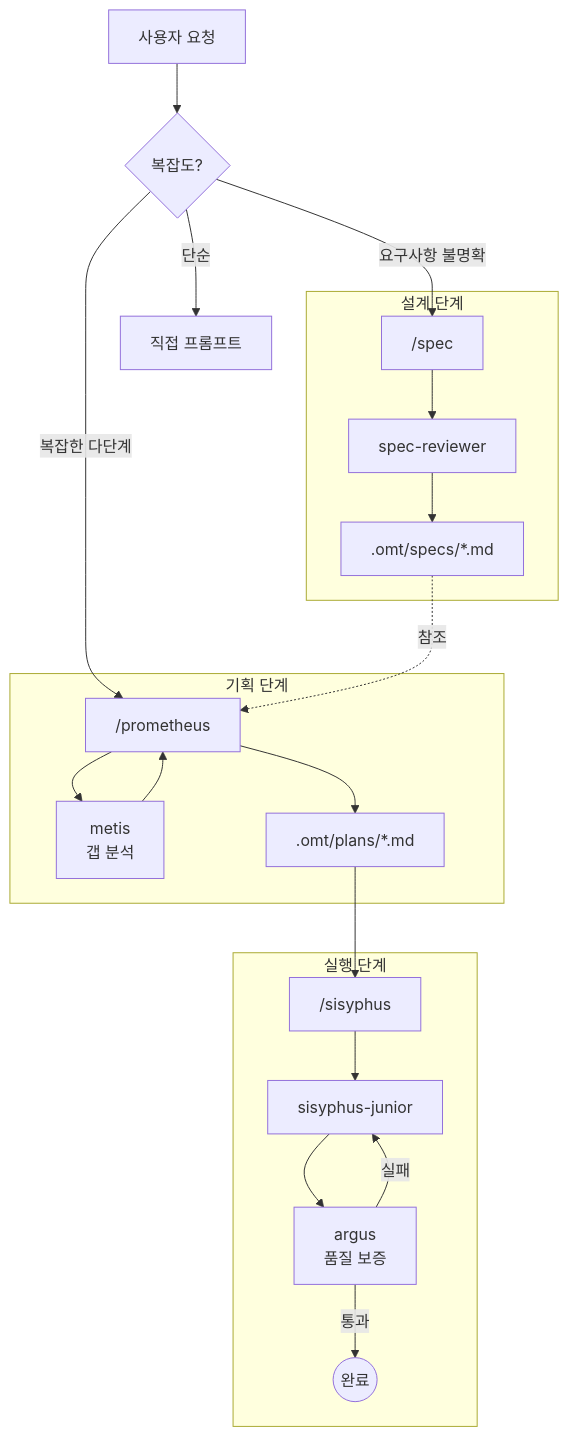
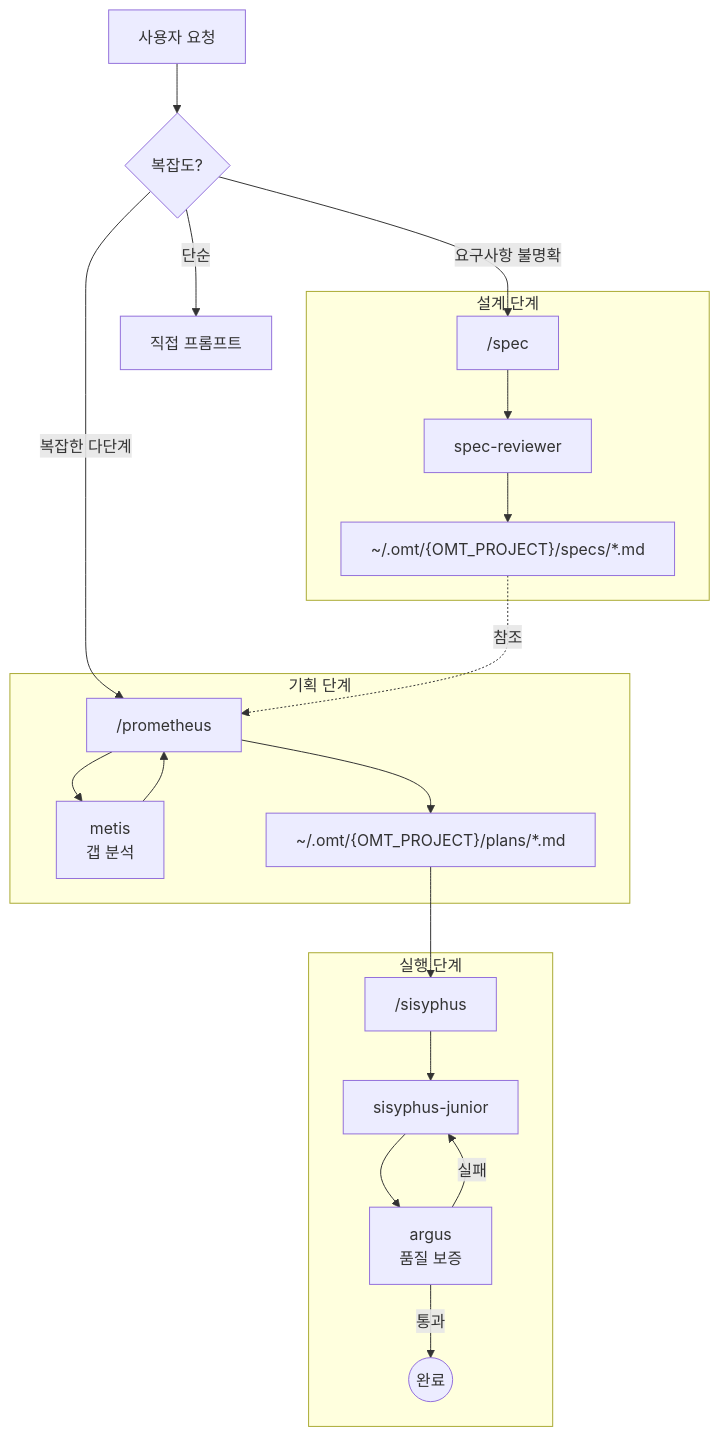
One commit to toongri/oh-my-toong-playground changed the diagram in docs/ORCHESTRATION.md. Above: the diagram before and after it, drawn with Mermaid. The commit also changed other lines of this file and 21 other files, not shown here.

````diff
--- a/docs/ORCHESTRATION.md
+++ b/docs/ORCHESTRATION.md
@@ -50,29 +50,29 @@
 ```mermaid
 flowchart TD
     User[사용자 요청] --> Decision{복잡도?}
 
     Decision -->|단순| Direct[직접 프롬프트]
     Decision -->|요구사항 불명확| Spec
     Decision -->|복잡한 다단계| Prometheus
 
     subgraph 설계 단계
         Spec["/spec"] --> SpecReviewer[spec-reviewer]
-        SpecReviewer --> SpecFile[".omt/specs/*.md"]
+        SpecReviewer --> SpecFile["~/.omt/{OMT_PROJECT}/specs/*.md"]
     end
 
     subgraph 기획 단계
         Prometheus["/prometheus"] --> Metis[metis<br/>갭 분석]
         Metis --> Prometheus
-        Prometheus --> PlanFile[".omt/plans/*.md"]
+        Prometheus --> PlanFile["~/.omt/{OMT_PROJECT}/plans/*.md"]
     end
 
     SpecFile -.->|참조| Prometheus
 
     subgraph 실행 단계
         PlanFile --> Sisyphus["/sisyphus"]
         Sisyphus --> Junior[sisyphus-junior]
         Junior --> QA[argus<br/>품질 보증]
         QA -->|통과| Done((완료))
         QA -->|실패| Junior
     end
 ```
````
